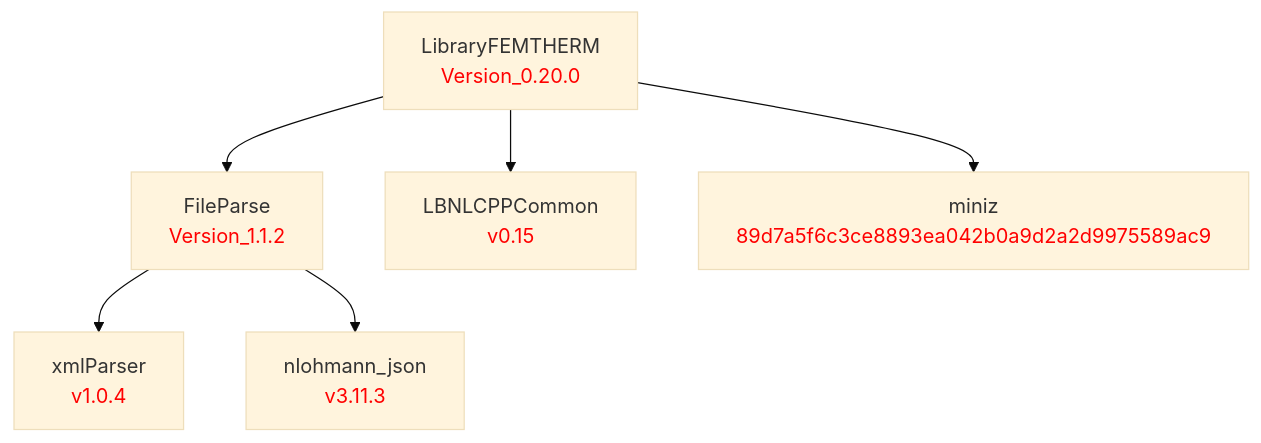
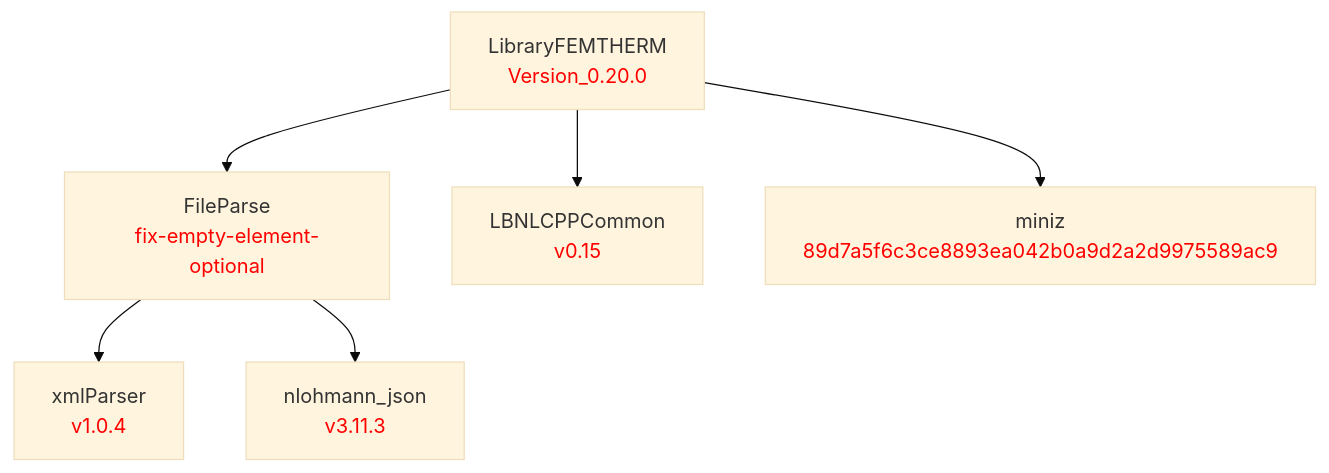
Before and after one commit to LBNL-ETA/LibraryFEMTherm: the diagram in doc/LibraryFEMTHERM.md, drawn with Mermaid (base theme). The commit also changed 2 other files, not shown here.

Commit message:
Adopt FileParse fix-empty-element-optional; update Comprehensive test
FileParse 1.1.3 (branch fix-empty-element-optional, pending tag)
tightens operator>> for std::optional<T> so empty self-closing XML
elements deserialize as nullopt rather than as a populated optional
holding a default-constructed T. Pick that up here so empty wrappers
in saved BC XML round-trip cleanly to "no value" semantics.

The Comprehensive saving test was implicitly relying on the old
behavior: it constructed Radiation{} (default, with nullopt inner
variant), saved, loaded, and asserted radiation.has_value() == true.
Under the new contract that round-trip yields nullopt because the
serialized <Radiation/> wrapper is empty. Update the test to populate
Radiation with an AutomaticEnclosure variant -- that way the round-
trip is non-trivial AND the saving suite gains real coverage for the
Radiation variant (which had none before).

doc/LibraryFEMTHERM.md regenerated to reflect the FileParse branch
reference. Will switch to Version_1.1.3 once that tag is published.

````diff
--- a/doc/LibraryFEMTHERM.md
+++ b/doc/LibraryFEMTHERM.md
@@ -1,17 +1,17 @@
 ```mermaid
 graph TD
     %% Package definitions
     xmlParser[xmlParser<br/><font color='red'>v1.0.4</font>]
     nlohmann_json[nlohmann_json<br/><font color='red'>v3.11.3</font>]
-    FileParse[FileParse<br/><font color='red'>Version_1.1.2</font>]
+    FileParse[FileParse<br/><font color='red'>fix-empty-element-optional</font>]
     LBNLCPPCommon[LBNLCPPCommon<br/><font color='red'>v0.15</font>]
     miniz[miniz<br/><font color='red'>89d7a5f6c3ce8893ea042b0a9d2a2d9975589ac9</font>]
     LibraryFEMTHERM[LibraryFEMTHERM<br/><font color='red'>Version_0.20.0</font>]
 
     %% Package relations
     LibraryFEMTHERM --> FileParse
     LibraryFEMTHERM --> LBNLCPPCommon
     LibraryFEMTHERM --> miniz
     FileParse --> xmlParser
     FileParse --> nlohmann_json
 ```
````
